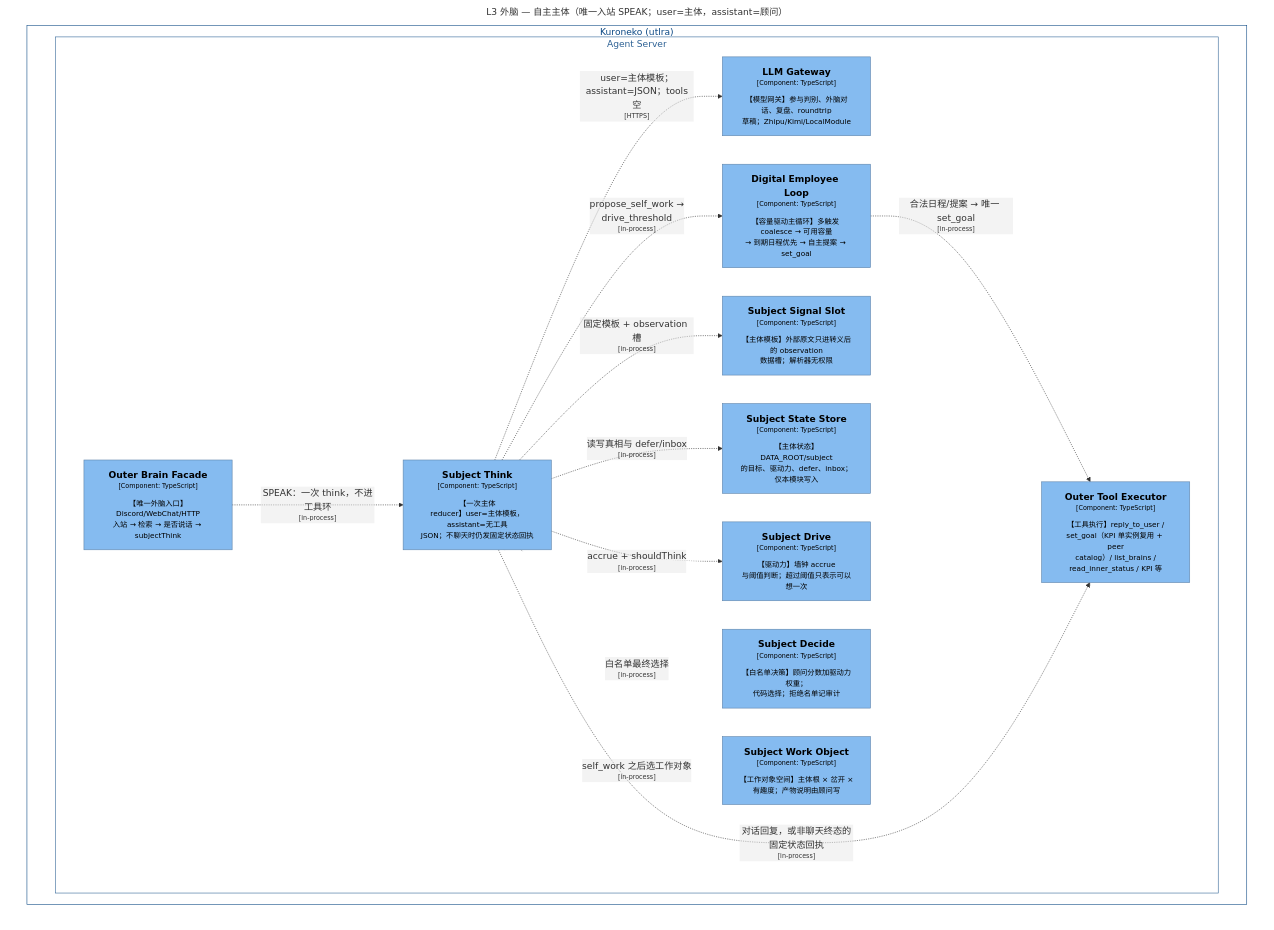
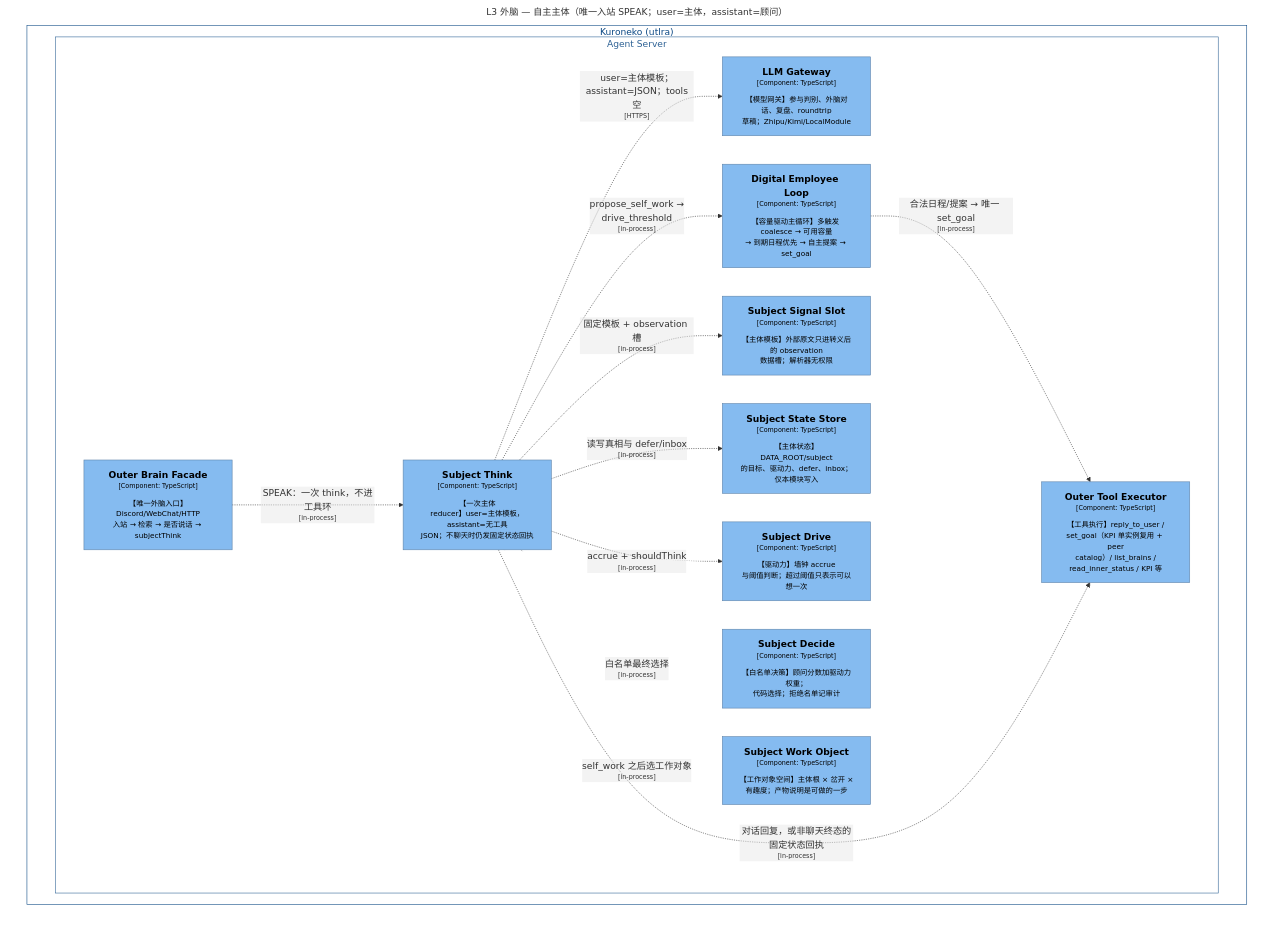
One commit to shinjiyu/amadues changed the diagram in doc/structurizr/structurizr-15-L3-Outer-Subject.mmd. Above: the diagram before and after it, drawn with Mermaid. The commit also changed 9 other files, not shown here.

```diff
--- a/doc/structurizr/structurizr-15-L3-Outer-Subject.mmd
+++ b/doc/structurizr/structurizr-15-L3-Outer-Subject.mmd
@@ -1,48 +1,48 @@
 graph TB
   linkStyle default fill:#ffffff
 
   subgraph diagram ["L3 外脑 — 自主主体（唯一入站 SPEAK；user=主体，assistant=顾问）"]
     style diagram fill:#ffffff,stroke:#ffffff
 
     subgraph 11 ["Kuroneko (utlra)"]
       style 11 fill:#ffffff,stroke:#0b4884,color:#0b4884
 
       subgraph 15 ["Agent Server"]
         style 15 fill:#ffffff,stroke:#2e6295,color:#2e6295
 
         18["<div style='font-weight: bold'>Outer Brain Facade</div><div style='font-size: 70%; margin-top: 0px'>[Component: TypeScript]</div><div style='font-size: 80%; margin-top:10px'>【唯一外脑入口】Discord/WebChat/HTTP<br />入站 → 检索 → 是否说话 → subjectThink</div>"]
         style 18 fill:#85bbf0,stroke:#5d82a8,color:#000000
         25["<div style='font-weight: bold'>Outer Tool Executor</div><div style='font-size: 70%; margin-top: 0px'>[Component: TypeScript]</div><div style='font-size: 80%; margin-top:10px'>【工具执行】reply_to_user /<br />set_goal（KPI 单实例复用 + peer<br />catalog）/ list_brains /<br />read_inner_status / KPI 等</div>"]
         style 25 fill:#85bbf0,stroke:#5d82a8,color:#000000
         26["<div style='font-weight: bold'>LLM Gateway</div><div style='font-size: 70%; margin-top: 0px'>[Component: TypeScript]</div><div style='font-size: 80%; margin-top:10px'>【模型网关】参与判别、外脑对话、复盘、roundtrip<br />草稿；Zhipu/Kimi/LocalModule</div>"]
         style 26 fill:#85bbf0,stroke:#5d82a8,color:#000000
         49["<div style='font-weight: bold'>Digital Employee Loop</div><div style='font-size: 70%; margin-top: 0px'>[Component: TypeScript]</div><div style='font-size: 80%; margin-top:10px'>【容量驱动主循环】多触发 coalesce → 可用容量<br />→ 到期日程优先 → 自主提案 → set_goal</div>"]
         style 49 fill:#85bbf0,stroke:#5d82a8,color:#000000
         75["<div style='font-weight: bold'>Subject Signal Slot</div><div style='font-size: 70%; margin-top: 0px'>[Component: TypeScript]</div><div style='font-size: 80%; margin-top:10px'>【主体模板】外部原文只进转义后的 observation<br />数据槽；解析器无权限</div>"]
         style 75 fill:#85bbf0,stroke:#5d82a8,color:#000000
         76["<div style='font-weight: bold'>Subject State Store</div><div style='font-size: 70%; margin-top: 0px'>[Component: TypeScript]</div><div style='font-size: 80%; margin-top:10px'>【主体状态】DATA_ROOT/subject<br />的目标、驱动力、defer、inbox；仅本模块写入</div>"]
         style 76 fill:#85bbf0,stroke:#5d82a8,color:#000000
         77["<div style='font-weight: bold'>Subject Drive</div><div style='font-size: 70%; margin-top: 0px'>[Component: TypeScript]</div><div style='font-size: 80%; margin-top:10px'>【驱动力】墙钟 accrue<br />与阈值判断；超过阈值只表示可以想一次</div>"]
         style 77 fill:#85bbf0,stroke:#5d82a8,color:#000000
         78["<div style='font-weight: bold'>Subject Decide</div><div style='font-size: 70%; margin-top: 0px'>[Component: TypeScript]</div><div style='font-size: 80%; margin-top:10px'>【白名单决策】顾问分数加驱动力权重；<br />代码选择；拒绝名单记审计</div>"]
         style 78 fill:#85bbf0,stroke:#5d82a8,color:#000000
-        80["<div style='font-weight: bold'>Subject Work Object</div><div style='font-size: 70%; margin-top: 0px'>[Component: TypeScript]</div><div style='font-size: 80%; margin-top:10px'>【工作对象空间】主体根 × 岔开 ×<br />有趣度；产物说明由顾问写</div>"]
+        80["<div style='font-weight: bold'>Subject Work Object</div><div style='font-size: 70%; margin-top: 0px'>[Component: TypeScript]</div><div style='font-size: 80%; margin-top:10px'>【工作对象空间】主体根 × 岔开 ×<br />有趣度；产物说明是可做的一步</div>"]
         style 80 fill:#85bbf0,stroke:#5d82a8,color:#000000
         79["<div style='font-weight: bold'>Subject Think</div><div style='font-size: 70%; margin-top: 0px'>[Component: TypeScript]</div><div style='font-size: 80%; margin-top:10px'>【一次主体<br />reducer】user=主体模板，assistant=无工具<br />JSON；不聊天时仍发固定状态回执</div>"]
         style 79 fill:#85bbf0,stroke:#5d82a8,color:#000000
       end
 
     end
 
     49-. "<div>合法日程/提案 → 唯一 set_goal</div><div style='font-size: 70%'>[in-process]</div>" .->25
     18-. "<div>SPEAK：一次 think，不进工具环</div><div style='font-size: 70%'>[in-process]</div>" .->79
     79-. "<div>固定模板 + observation 槽</div><div style='font-size: 70%'>[in-process]</div>" .->75
     79-. "<div>读写真相与 defer/inbox</div><div style='font-size: 70%'>[in-process]</div>" .->76
     79-. "<div>accrue + shouldThink</div><div style='font-size: 70%'>[in-process]</div>" .->77
     79-. "<div>白名单最终选择</div><div style='font-size: 70%'>[in-process]</div>" .->78
     79-. "<div>self_work 之后选工作对象</div><div style='font-size: 70%'>[in-process]</div>" .->80
     79-. "<div>user=主体模板；assistant=JSON；tools<br />空</div><div style='font-size: 70%'>[HTTPS]</div>" .->26
     79-. "<div>对话回复，或非聊天终态的固定状态回执</div><div style='font-size: 70%'>[in-process]</div>" .->25
     79-. "<div>propose_self_work →<br />drive_threshold</div><div style='font-size: 70%'>[in-process]</div>" .->49
 
   end
```
